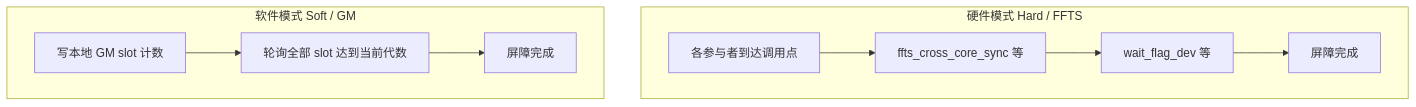
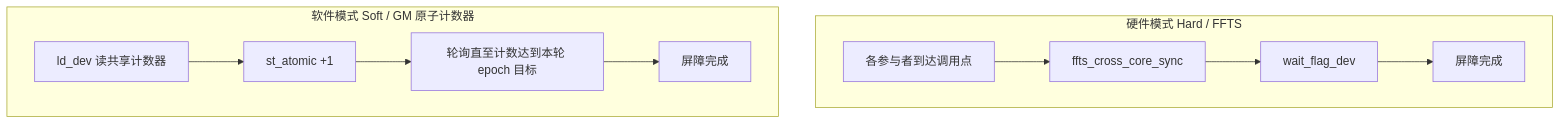
One commit to zouzias/pto-isa-mirror changed the diagram in docs/isa/SYNCALL_zh.md. Above: the diagram before and after it, drawn with Mermaid. The commit also changed other lines of this file and 25 other files, not shown here.

First line of the commit message:
Rework A5 soft SYNCALL onto the shared atomic counter and retrim the docs.

````diff
--- a/docs/isa/SYNCALL_zh.md
+++ b/docs/isa/SYNCALL_zh.md
@@ -9,12 +7,13 @@
 ```mermaid
 flowchart TB
   subgraph hard [硬件模式 Hard / FFTS]
-    H1[各参与者到达调用点] --> H2[ffts_cross_core_sync 等]
-    H2 --> H3[wait_flag_dev 等]
+    H1[各参与者到达调用点] --> H2[ffts_cross_core_sync]
+    H2 --> H3[wait_flag_dev]
     H3 --> H4[屏障完成]
   end
-  subgraph soft [软件模式 Soft / GM]
-    S1[写本地 GM slot 计数] --> S2[轮询全部 slot 达到当前代数]
-    S2 --> S3[屏障完成]
+  subgraph soft [软件模式 Soft / GM 原子计数器]
+    S1[ld_dev 读共享计数器] --> S2[st_atomic +1]
+    S2 --> S3[轮询直至计数达到本轮 epoch 目标]
+    S3 --> S4[屏障完成]
   end
 ```
````
